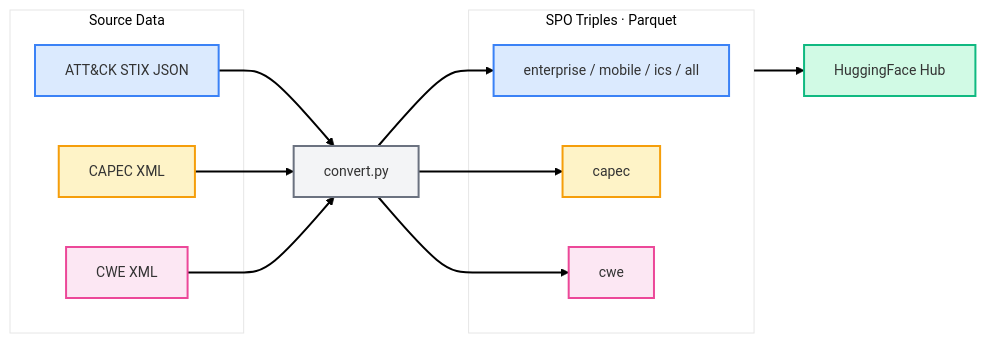
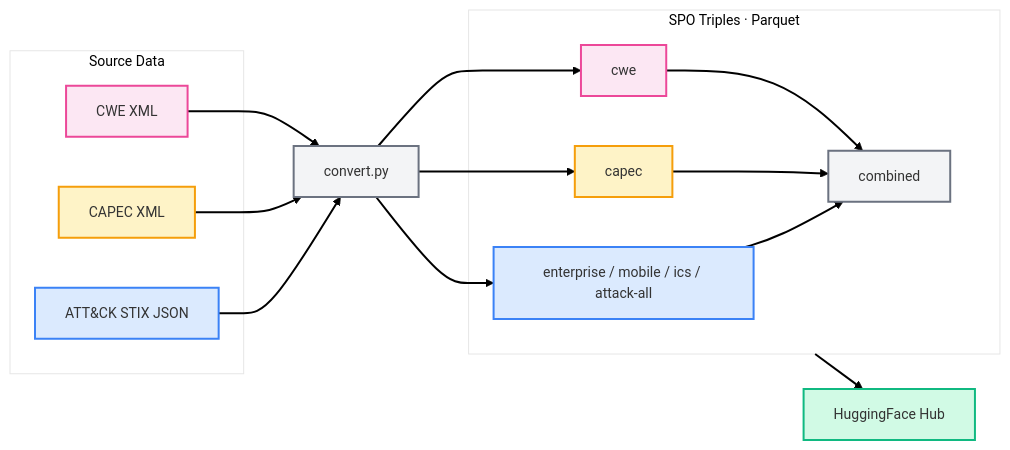
The first of 2 diagrams in README.md (S0UGATA/mitre-attack-kg), drawn with Mermaid before and after one commit. The commit also changed 2 other files, not shown here.

Commit message:
Update project description and enhance dataset update logic

````diff
--- a/README.md
+++ b/README.md
@@ -13,32 +13,34 @@
 ```mermaid
 ---
 config:
   layout: dagre
   theme: neo
 ---
 flowchart LR
  subgraph src["Source Data"]
         STIX["ATT&CK STIX JSON"]
         CXML["CAPEC XML"]
         WXML["CWE XML"]
   end
  subgraph out["SPO Triples · Parquet"]
-        ATK["enterprise / mobile / ics / all"]
+        ATK["enterprise / mobile / ics / attack-all"]
         CAP["capec"]
         CW["cwe"]
+        CMB["combined"]
   end
     STIX --> CONV["convert.py"]
     CXML --> CONV
     WXML --> CONV
-    CONV --> ATK & CAP & CW
+    CONV --> ATK & CAP & CW --> CMB
     out --> HF["HuggingFace Hub"]
 
     style STIX fill:#dbeafe,stroke:#3b82f6
     style CXML fill:#fef3c7,stroke:#f59e0b
     style WXML fill:#fce7f3,stroke:#ec4899
     style CONV fill:#f3f4f6,stroke:#6b7280
     style ATK fill:#dbeafe,stroke:#3b82f6
     style CAP fill:#fef3c7,stroke:#f59e0b
     style CW fill:#fce7f3,stroke:#ec4899
+    style CMB fill:#f3f4f6,stroke:#6b7280
     style HF fill:#d1fae5,stroke:#10b981
 ```
````
